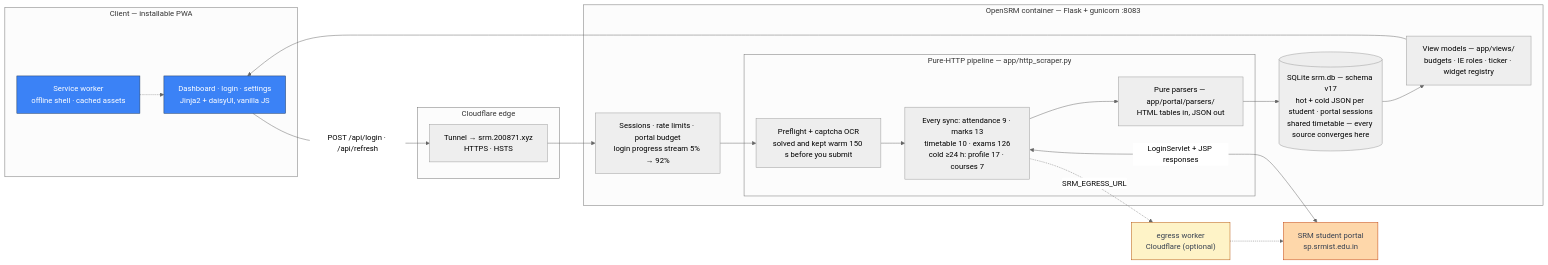
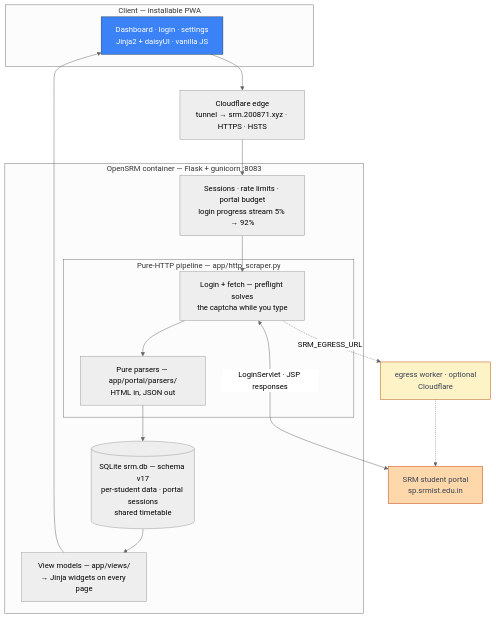
Before and after one commit to thenabbu/OpenSRM: the diagram in README.md, drawn with Mermaid (neutral theme). The commit also changed other lines of this file, not shown here.

Commit message:
docs(readme): data-flow diagram tuned for README width (vertical pipeline)
The first Architecture draft laid out left-right: at GitHub's 890px README
column it scaled to 0.56 and the labels became unreadable (measured, not
guessed: 1584px natural width -> 156px rendered height). Rebuilt as a
top-to-bottom pipeline with short node labels and the form-id detail moved
into the closing prose: 1063px natural width (scale 0.84), 9 nodes, zero
node overlaps at final width (DOM rect check), vision verdict SHIP at 890px.
test_audit_findings 72/72.

````diff
--- a/README.md
+++ b/README.md
@@ -162,44 +162,39 @@
 ```mermaid
-flowchart LR
+flowchart TB
     subgraph client["Client — installable PWA"]
-        UI["Dashboard · login · settings<br/>Jinja2 + daisyUI, vanilla JS"]
-        SW["Service worker<br/>offline shell · cached assets"]
+        UI["Dashboard · login · settings<br/>Jinja2 + daisyUI · vanilla JS"]
     end
 
-    subgraph edge["Cloudflare edge"]
-        TUN["Tunnel → srm.200871.xyz<br/>HTTPS · HSTS"]
-    end
+    TUN["Cloudflare edge<br/>tunnel → srm.200871.xyz · HTTPS · HSTS"]
 
     subgraph app["OpenSRM container — Flask + gunicorn :8083"]
         AUTH["Sessions · rate limits · portal budget<br/>login progress stream 5% → 92%"]
         subgraph pipe["Pure-HTTP pipeline — app/http_scraper.py"]
-            LOGIN["Preflight + captcha OCR<br/>solved and kept warm 150 s before you submit"]
-            FETCH["Every sync: attendance 9 · marks 13<br/>timetable 10 · exams 126<br/>cold ≥24 h: profile 17 · courses 7"]
-            PARSE["Pure parsers — app/portal/parsers/<br/>HTML tables in, JSON out"]
+            LOGIN["Login + fetch — preflight solves<br/>the captcha while you type"]
+            PARSE["Pure parsers — app/portal/parsers/<br/>HTML in, JSON out"]
         end
-        DB[("SQLite srm.db — schema v17<br/>hot + cold JSON per student · portal sessions<br/>shared timetable — every source converges here")]
-        VIEWS["View models — app/views/<br/>budgets · IE roles · ticker · widget registry"]
+        DB[("SQLite srm.db — schema v17<br/>per-student data · portal sessions<br/>shared timetable")]
+        VIEWS["View models — app/views/<br/>→ Jinja widgets on every page"]
     end
 
     P["SRM student portal<br/>sp.srmist.edu.in"]
+    EG["egress worker · optional<br/>Cloudflare"]
 
-    UI -->|"POST /api/login · /api/refresh"| TUN
+    UI --> TUN
     TUN --> AUTH
     AUTH --> LOGIN
-    LOGIN --> FETCH
-    FETCH <-->|"LoginServlet + JSP responses"| P
-    FETCH --> PARSE
+    LOGIN <-->|"LoginServlet · JSP responses"| P
+    LOGIN -.->|"SRM_EGRESS_URL"| EG
+    EG -.-> P
+    LOGIN --> PARSE
     PARSE --> DB
     DB --> VIEWS
     VIEWS --> UI
-    SW -.-> UI
-    FETCH -.->|"SRM_EGRESS_URL"| EG["egress worker<br/>Cloudflare (optional)"]
-    EG -.-> P
 
     classDef client fill:#3b82f6,stroke:#1e3a5f,color:#fff
     classDef ext fill:#fed7aa,stroke:#c2410c,color:#374151
     classDef opt fill:#fef3c7,stroke:#b45309,color:#374151
-    class UI,SW client
+    class UI client
     class P ext
     class EG opt
 ```
````
